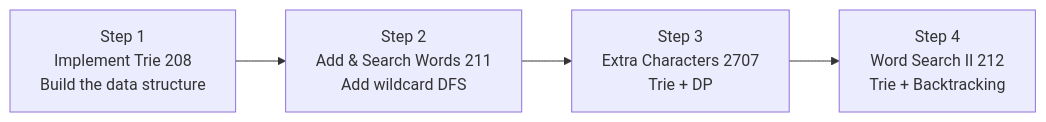
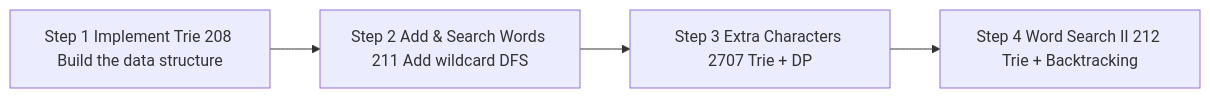
One commit to deepanshu-rawat6/AlgoAtlas changed the seventh of 7 diagrams in tries/README.md. Above: the diagram before and after it, drawn with Mermaid. The commit also changed other lines of this file and 13 other files, not shown here.

````diff
--- a/tries/README.md
+++ b/tries/README.md
@@ -136,8 +136,8 @@
 ```mermaid
 flowchart LR
-    S1["Step 1<br>Implement Trie 208<br>Build the data structure"]
-    S2["Step 2<br>Add & Search Words 211<br>Add wildcard DFS"]
-    S3["Step 3<br>Extra Characters 2707<br>Trie + DP"]
-    S4["Step 4<br>Word Search II 212<br>Trie + Backtracking"]
+    S1["Step 1 Implement Trie 208 Build the data structure"]
+    S2["Step 2 Add & Search Words 211 Add wildcard DFS"]
+    S3["Step 3 Extra Characters 2707 Trie + DP"]
+    S4["Step 4 Word Search II 212 Trie + Backtracking"]
     S1 --> S2 --> S3 --> S4
 ```
````
